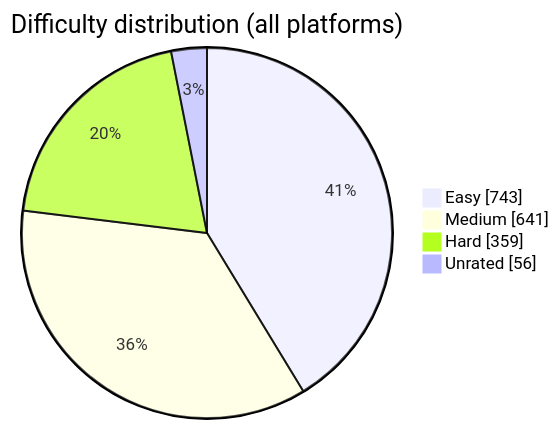
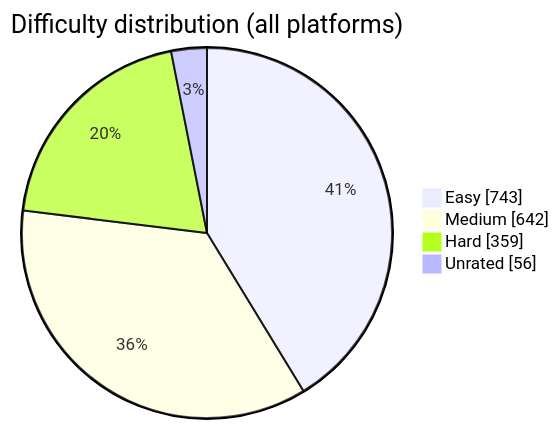
Before and after one commit to BuildbyArindam/Daily-Coding-Log: the diagram in README.md, drawn with Mermaid. The commit also changed other lines of this file, not shown here.

````diff
--- a/README.md
+++ b/README.md
@@ -108,7 +108,7 @@
 ```mermaid
 pie showData title Difficulty distribution (all platforms)
     "Easy" : 743
-    "Medium" : 641
+    "Medium" : 642
     "Hard" : 359
     "Unrated" : 56
 ```
````
